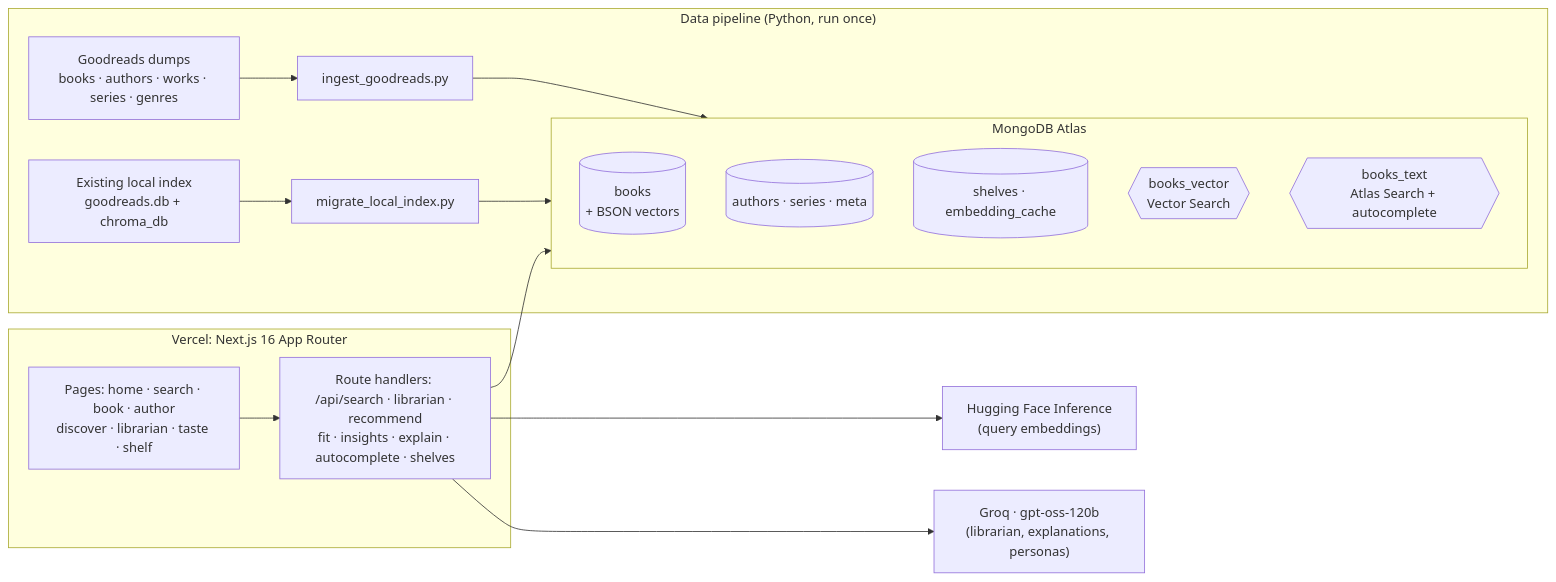
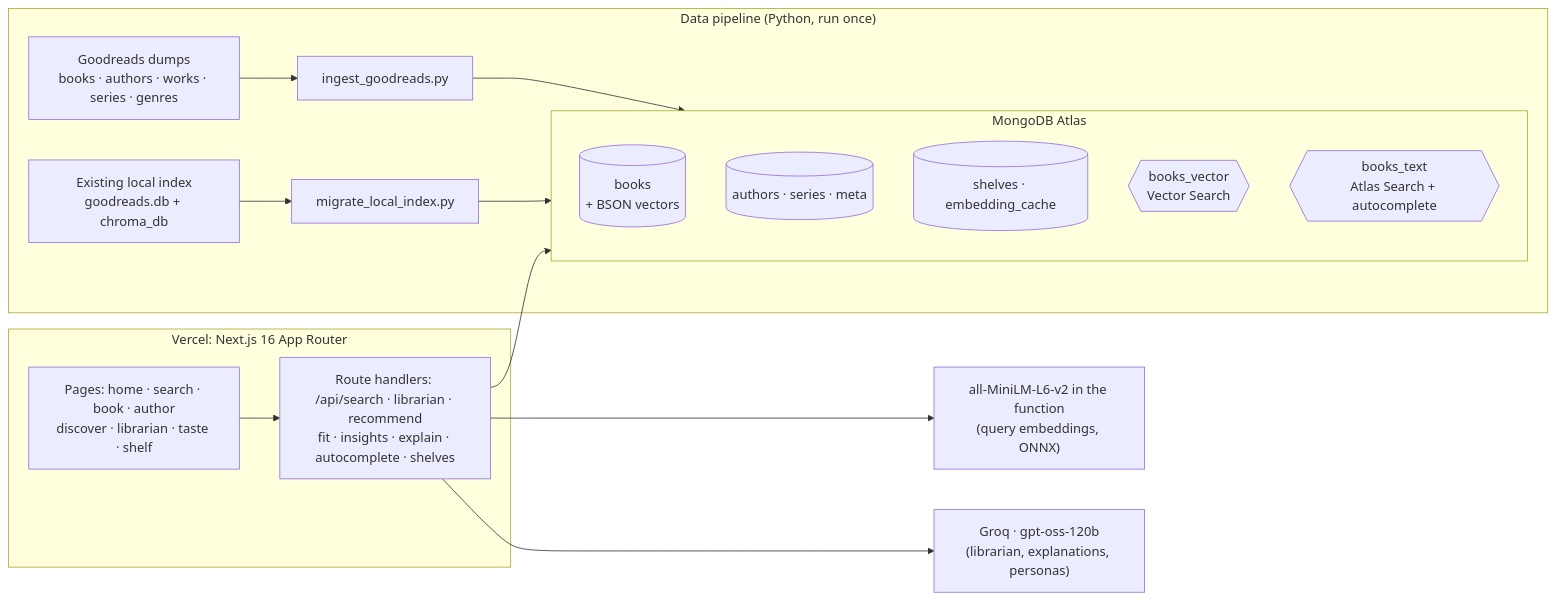
Before and after one commit to Tejassveer08/Shelfsense-AI: the diagram in README.md, drawn with Mermaid. The commit also changed other lines of this file and 12 other files, not shown here.

````diff
--- a/README.md
+++ b/README.md
@@ -26,23 +26,23 @@
 ```mermaid
 graph LR
   subgraph Pipeline["Data pipeline (Python, run once)"]
     GZ["Goodreads dumps<br/>books · authors · works · series · genres"] --> ING[ingest_goodreads.py]
     OLD["Existing local index<br/>goodreads.db + chroma_db"] --> MIG[migrate_local_index.py]
     ING --> ATLAS
     MIG --> ATLAS
   end
   subgraph ATLAS["MongoDB Atlas"]
     B[(books<br/>+ BSON vectors)]
     A[(authors · series · meta)]
     S[(shelves · embedding_cache)]
     VS{{books_vector<br/>Vector Search}}
     TS{{books_text<br/>Atlas Search + autocomplete}}
   end
   subgraph Vercel["Vercel: Next.js 16 App Router"]
     UI["Pages: home · search · book · author<br/>discover · librarian · taste · shelf"]
     API["Route handlers: /api/search · librarian · recommend<br/>fit · insights · explain · autocomplete · shelves"]
   end
   UI --> API --> ATLAS
-  API --> HF["Hugging Face Inference<br/>(query embeddings)"]
+  API --> HF["all-MiniLM-L6-v2 in the function<br/>(query embeddings, ONNX)"]
   API --> GEM["Groq · gpt-oss-120b<br/>(librarian, explanations, personas)"]
 ```
````
